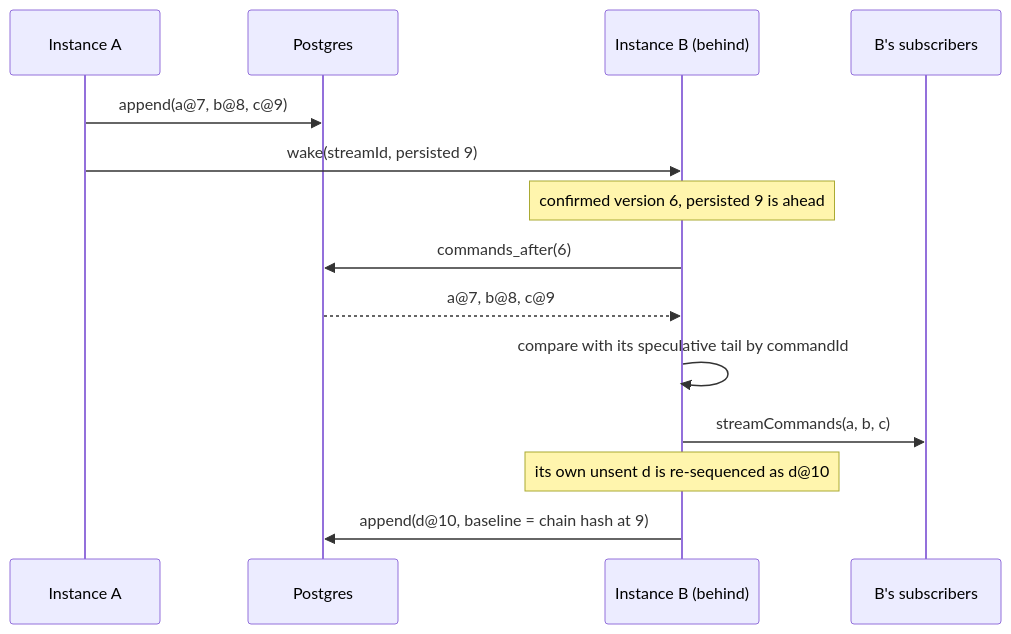
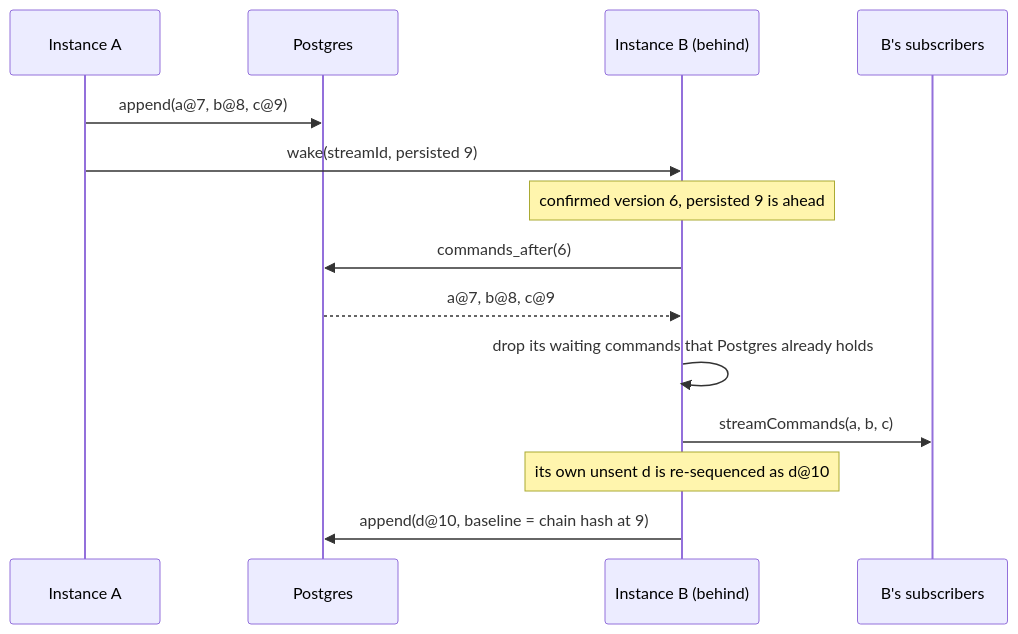
The third of 4 diagrams in docs/services/builder/hub.md (gzp79/shine-services), drawn with Mermaid before and after one commit. The commit also changed other lines of this file and 20 other files, not shown here.

````diff
--- a/docs/services/builder/hub.md
+++ b/docs/services/builder/hub.md
@@ -92,17 +92,17 @@
 ```mermaid
 sequenceDiagram
     participant A as Instance A
     participant P as Postgres
     participant B as Instance B (behind)
     participant C as B's subscribers
 
     A->>P: append(a@7, b@8, c@9)
     A->>B: wake(streamId, persisted 9)
     Note over B: confirmed version 6, persisted 9 is ahead
     B->>P: commands_after(6)
     P-->>B: a@7, b@8, c@9
-    B->>B: compare with its speculative tail by commandId
+    B->>B: drop its waiting commands that Postgres already holds
     B->>C: streamCommands(a, b, c)
     Note over B: its own unsent d is re-sequenced as d@10
     B->>P: append(d@10, baseline = chain hash at 9)
 ```
````
